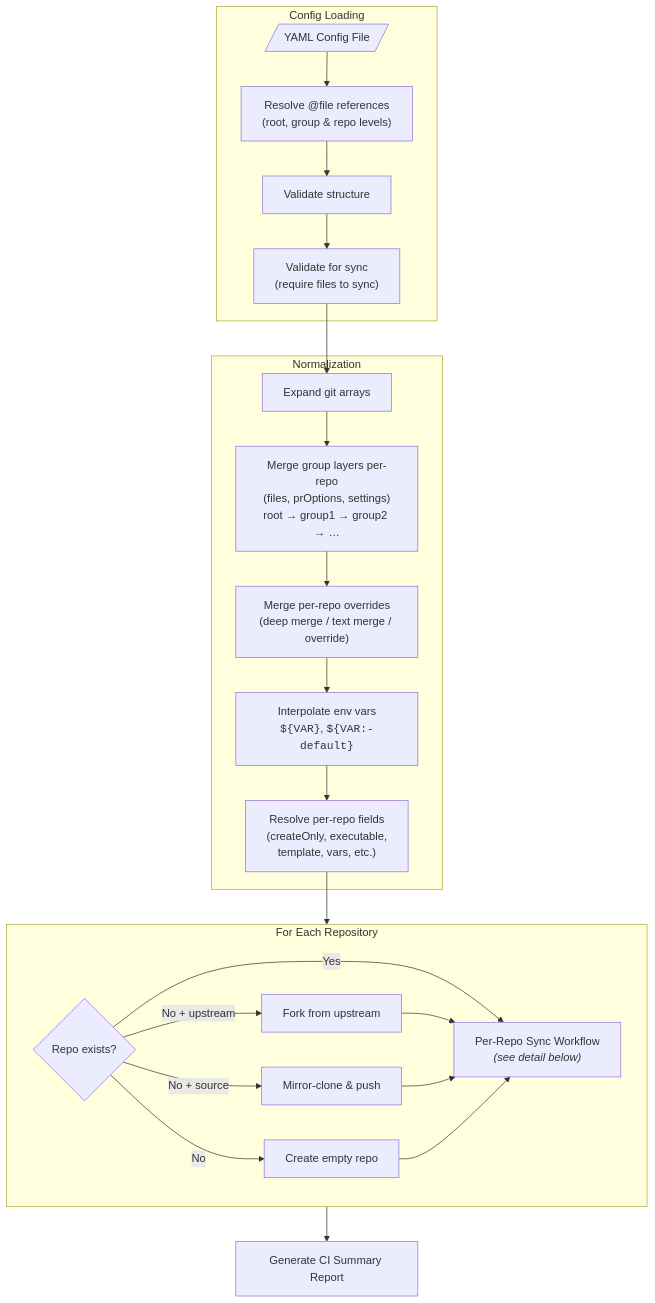
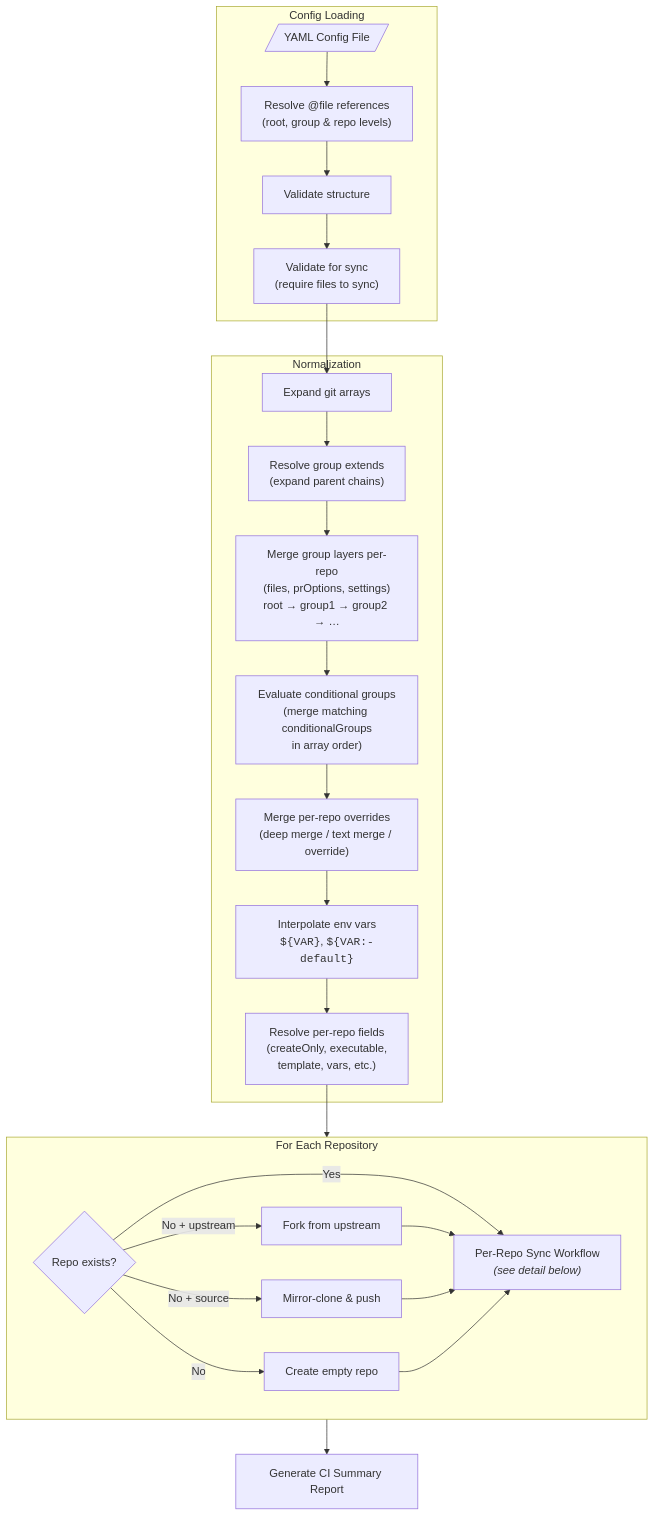
The first of 6 diagrams in docs/index.md (anthony-spruyt/xfg), drawn with Mermaid before and after one commit. The commit also changed other lines of this file and 18 other files, not shown here.

First line of the commit message:
feat(config): add group extends/inheritance (#649) (#663)

````diff
--- a/docs/index.md
+++ b/docs/index.md
@@ -217,29 +217,31 @@
 ```mermaid
 flowchart TB
     subgraph Loading["Config Loading"]
         YAML[/"YAML Config File"/] --> REFS["Resolve @file references<br/>(root, group & repo levels)"]
         REFS --> VALIDATE["Validate structure"]
         VALIDATE --> VALIDATE_CMD_S["Validate for sync<br/>(require files to sync)"]
     end
 
     subgraph Normalization
-        EXPAND["Expand git arrays"] --> GROUPS["Merge group layers per-repo<br/>(files, prOptions, settings)<br/>root → group1 → group2 → …"]
-        GROUPS --> MERGE["Merge per-repo overrides<br/>(deep merge / text merge / override)"]
+        EXPAND["Expand git arrays"] --> EXTENDS["Resolve group extends<br/>(expand parent chains)"]
+        EXTENDS --> GROUPS["Merge group layers per-repo<br/>(files, prOptions, settings)<br/>root → group1 → group2 → …"]
+        GROUPS --> COND["Evaluate conditional groups<br/>(merge matching conditionalGroups<br/>in array order)"]
+        COND --> MERGE["Merge per-repo overrides<br/>(deep merge / text merge / override)"]
         MERGE --> ENV["Interpolate env vars<br/><code>${VAR}</code>, <code>${VAR:-default}</code>"]
         ENV --> OPTS["Resolve per-repo fields<br/>(createOnly, executable,<br/>template, vars, etc.)"]
     end
 
     subgraph ForEach["For Each Repository"]
         LIFECYCLE{"Repo exists?"} -->|Yes| SYNC
         LIFECYCLE -->|"No + upstream"| FORK["Fork from upstream"] --> SYNC
         LIFECYCLE -->|"No + source"| MIGRATE["Mirror-clone & push"] --> SYNC
         LIFECYCLE -->|No| CREATE["Create empty repo"] --> SYNC
         SYNC["Per-Repo Sync Workflow<br/><i>(see detail below)</i>"]
     end
 
     SUMMARY["Generate CI Summary Report"]
 
     VALIDATE_CMD_S --> EXPAND
     OPTS --> ForEach
     ForEach --> SUMMARY
 ```
````
